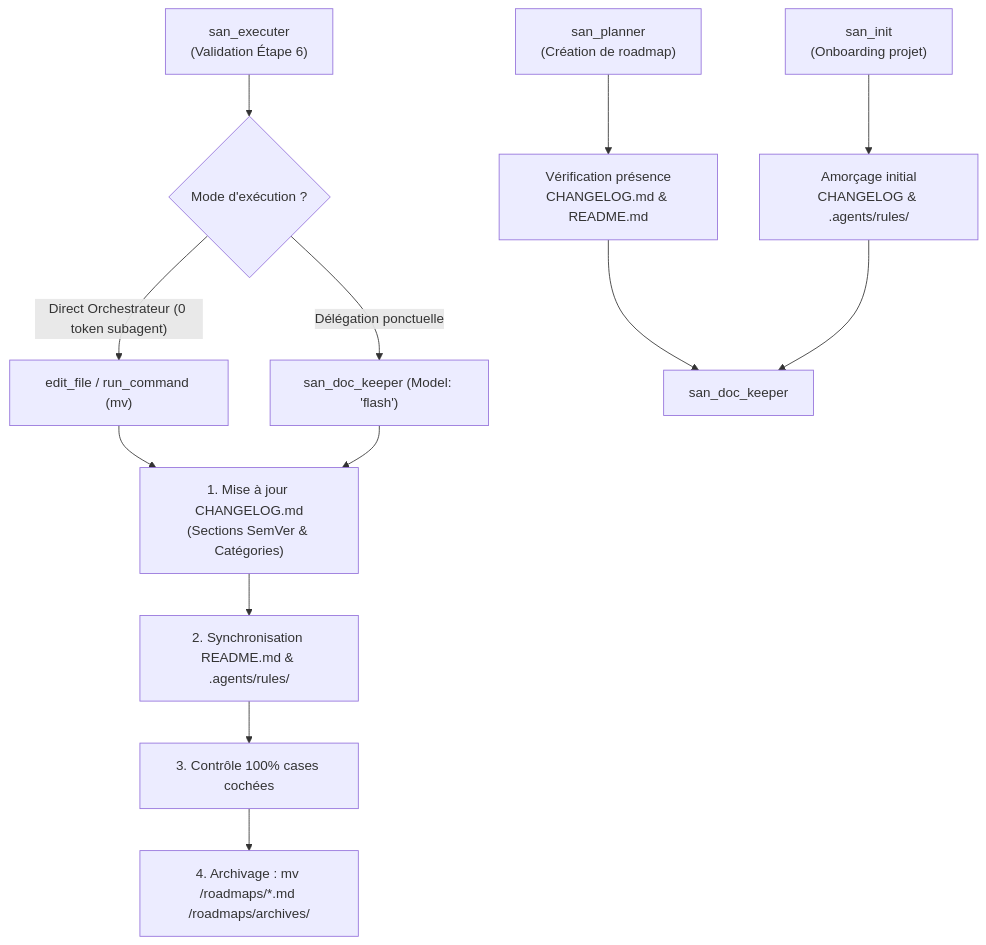
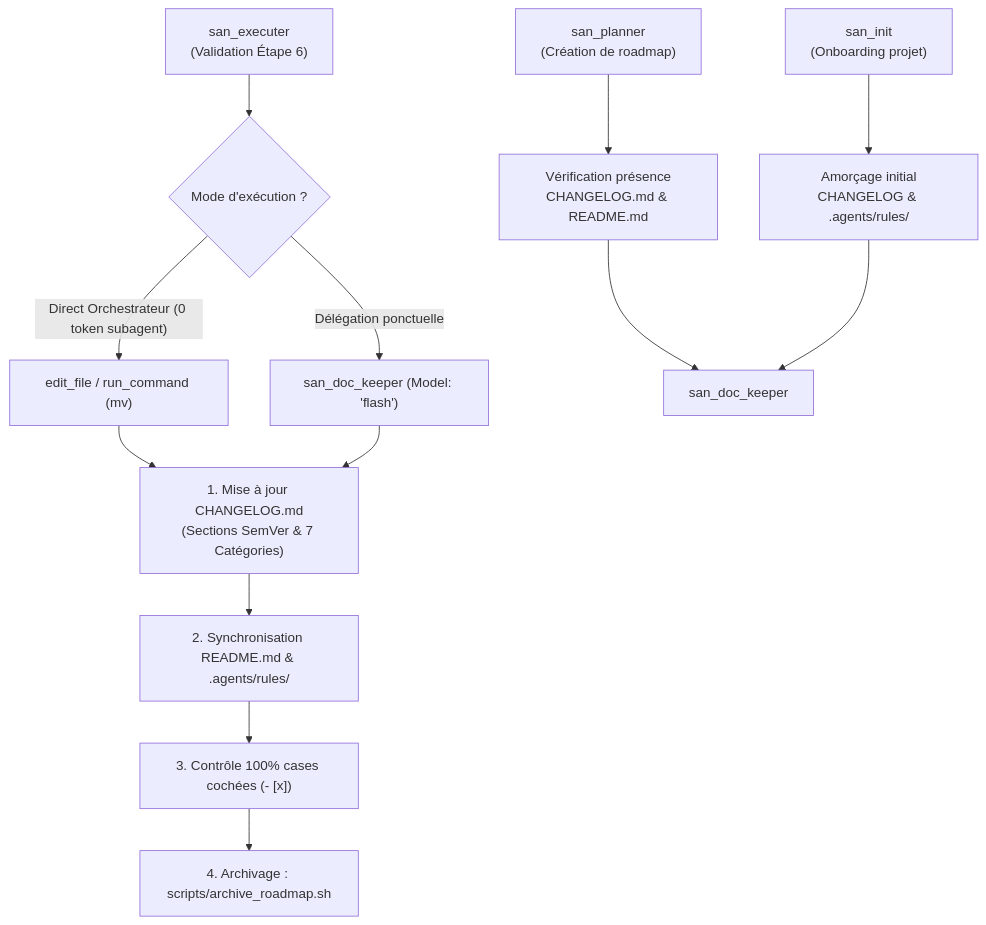
Before and after one commit to alexsan-dev/san_agy_framework: the first of 3 diagrams in sub-skills/san_doc_keeper.md, drawn with Mermaid. The commit also changed other lines of this file and 41 other files, not shown here.

````diff
--- a/sub-skills/san_doc_keeper.md
+++ b/sub-skills/san_doc_keeper.md
@@ -79,19 +62,19 @@
 ```mermaid
 flowchart TD
     Executer["san_executer\n(Validation Étape 6)"] --> FastTrack{"Mode d'exécution ?"}
     Planner["san_planner\n(Création de roadmap)"] --> InitCheck["Vérification présence\nCHANGELOG.md & README.md"]
     Init["san_init\n(Onboarding projet)"] --> Bootstrap["Amorçage initial\nCHANGELOG & .agents/rules/"]
     
     FastTrack -->|"Direct Orchestrateur (0 token subagent)"| DirectAction["edit_file / run_command (mv)"]
     FastTrack -->|"Délégation ponctuelle"| FlashWorker["san_doc_keeper (Model: 'flash')"]
     
-    DirectAction --> Task1["1. Mise à jour CHANGELOG.md\n(Sections SemVer & Catégories)"]
+    DirectAction --> Task1["1. Mise à jour CHANGELOG.md\n(Sections SemVer & 7 Catégories)"]
     FlashWorker --> Task1
     
     Task1 --> Task2["2. Synchronisation README.md & .agents/rules/"]
-    Task2 --> Task3["3. Contrôle 100% cases cochées"]
-    Task3 --> Task4["4. Archivage : mv /roadmaps/*.md /roadmaps/archives/"]
+    Task2 --> Task3["3. Contrôle 100% cases cochées (- [x])"]
+    Task3 --> Task4["4. Archivage : scripts/archive_roadmap.sh"]
     
     InitCheck --> DocKeeper["san_doc_keeper"]
     Bootstrap --> DocKeeper
 ```
````
